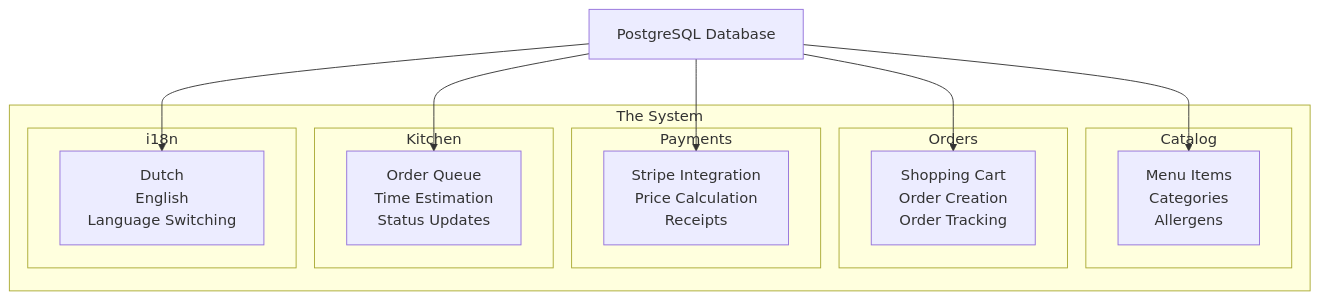
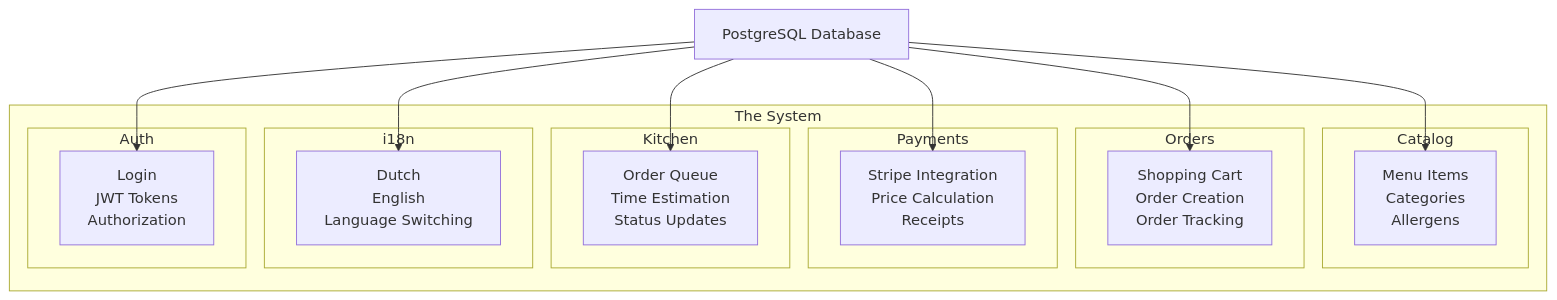
Before and after one commit to Sporidis/frituur-ordering-system: the third of 3 diagrams in docs/README.md, drawn with Mermaid. The commit also changed other lines of this file and 5 other files, not shown here.

````diff
--- a/docs/README.md
+++ b/docs/README.md
@@ -138,30 +144,35 @@
 ```mermaid
 graph TB
     subgraph "The System"
         subgraph "Catalog"
             A[Menu Items<br/>Categories<br/>Allergens]
         end
         
         subgraph "Orders"
             B[Shopping Cart<br/>Order Creation<br/>Order Tracking]
         end
         
         subgraph "Payments"
             C[Stripe Integration<br/>Price Calculation<br/>Receipts]
         end
         
         subgraph "Kitchen"
             D[Order Queue<br/>Time Estimation<br/>Status Updates]
         end
         
         subgraph "i18n"
             E[Dutch<br/>English<br/>Language Switching]
         end
+        
+        subgraph "Auth"
+            G[Login<br/>JWT Tokens<br/>Authorization]
+        end
     end
     
     F[PostgreSQL Database] --> A
     F --> B
     F --> C
     F --> D
     F --> E
+    F --> G
 ```
````
